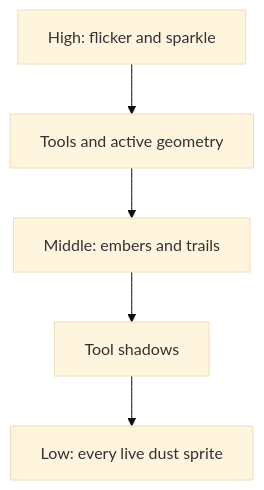
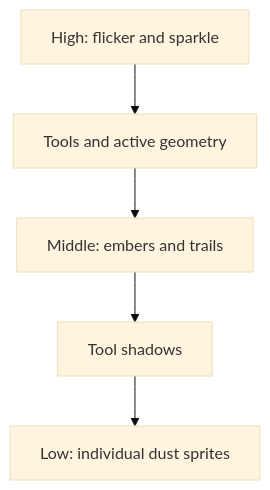
One commit to derekshoneycutt/Euclid changed the second of 4 diagrams in docs/wiki/Guides/ParticleSystem.md. Above: the diagram before and after it, drawn with Mermaid (base theme). The commit also changed other lines of this file and 11 other files, not shown here.

````diff
--- a/docs/wiki/Guides/ParticleSystem.md
+++ b/docs/wiki/Guides/ParticleSystem.md
@@ -37,9 +81,9 @@
 ```mermaid
 flowchart TB
     High[High: flicker and sparkle]
     Tools[Tools and active geometry]
     Middle[Middle: embers and trails]
     Shadows[Tool shadows]
-    Low[Low: every live dust sprite]
+    Low[Low: individual dust sprites]
     High --> Tools --> Middle --> Shadows --> Low
 ```
````
